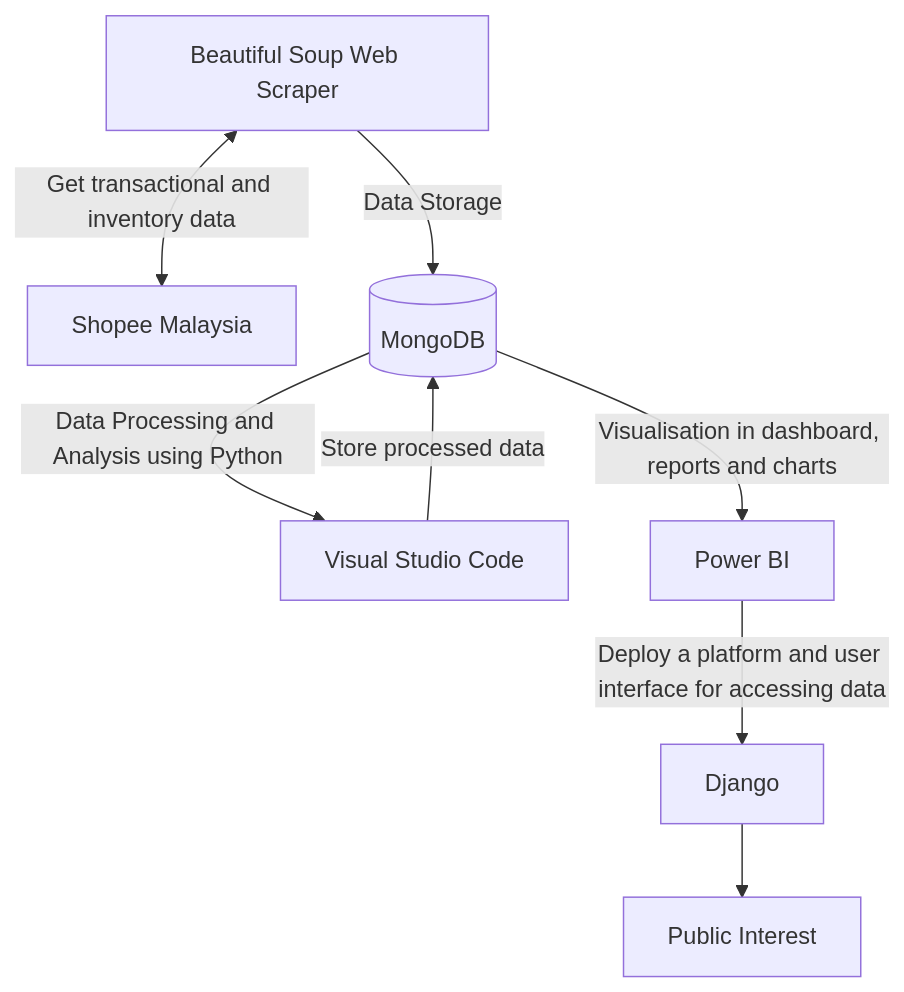
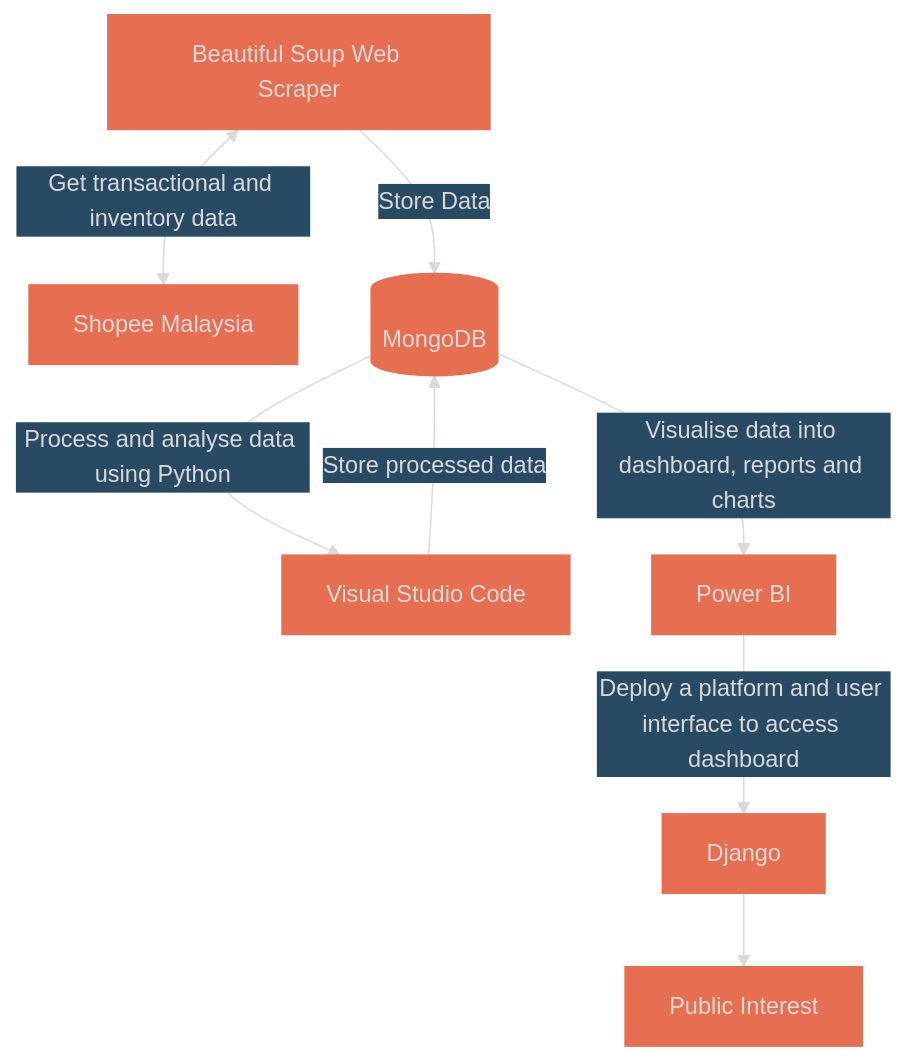
Before and after one commit to drshahizan/special-topic-data-engineering: the first of 2 diagrams in project/proposal/Regex/Proposal_Regex.md, drawn with Mermaid.

````diff
--- a/project/proposal/Regex/Proposal_Regex.md
+++ b/project/proposal/Regex/Proposal_Regex.md
@@ -93,11 +93,24 @@
 ```mermaid
+%%{
+  init: {
+    'theme': 'base',
+    'themeVariables': {
+      'primaryColor': '#e76f51',
+      'primaryTextColor': '#d9d9d9',
+      'primaryBorderColor': '#e76f51',
+      'lineColor': '#d9d9d9',
+      'secondaryColor': '#284b63',
+      'tertiaryColor': '#d9d9d9'
+    }
+  }
+}%%
 
 flowchart TD;
     id1[Beautiful Soup Web Scraper]<--Get transactional and inventory data-->id2[Shopee Malaysia]
-    id1[Beautiful Soup Web Scraper] --Data Storage--> id3[(MongoDB)]
-    id3[(MongoDB)] --Data Processing and Analysis using Python--> id4[Visual Studio Code]
-    id4[Visual Studio Code] --Store processed data--> id3[(MongoDB)]
-    id3[(MongoDB)] --Visualisation in dashboard, reports and charts--> id5[Power BI]
-    id5[Power BI] --Deploy a platform and user interface for accessing data--> id6[Django]
-    id6[Django] --> id7[Public Interest]
+    id1[Beautiful Soup Web Scraper] --Store Data--> id3[(MongoDB)]
+    id3[(MongoDB)] --Process and analyse data using Python--> id7[Visual Studio Code]
+    id7[Visual Studio Code] --Store processed data--> id3[(MongoDB)]
+    id3[(MongoDB)] --Visualise data into dashboard, reports and charts--> id4[Power BI]
+    id4[Power BI] --Deploy a platform and user interface to access dashboard--> id5[Django]
+    id5[Django] --> id6[Public Interest]
 ```
````
